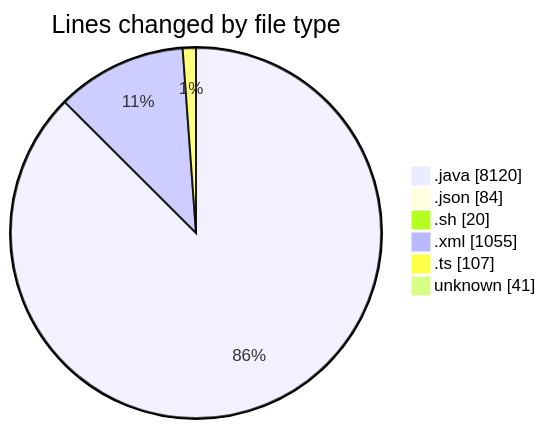
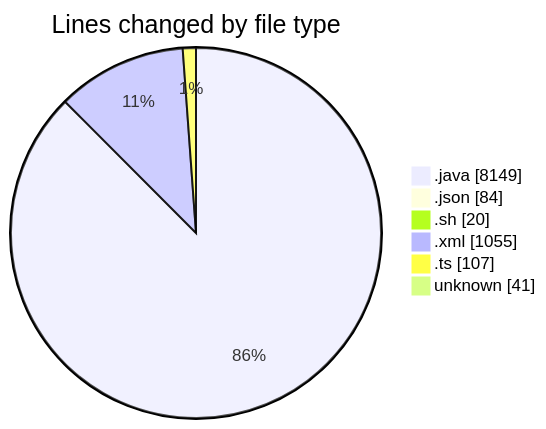
One commit to charlie-sans/code-tracking changed the first of 2 diagrams in 2025-02-23/micros/README.md. Above: the diagram before and after it, drawn with Mermaid. The commit also changed other lines of this file and 1 other file, not shown here.

````diff
--- a/2025-02-23/micros/README.md
+++ b/2025-02-23/micros/README.md
@@ -56,10 +56,10 @@
 ```mermaid
 pie showData
 title Lines changed by file type
-".java" : 8120
+".java" : 8149
 ".json" : 84
 ".sh" : 20
 ".xml" : 1055
 ".ts" : 107
 "unknown" : 41
 ```
````
